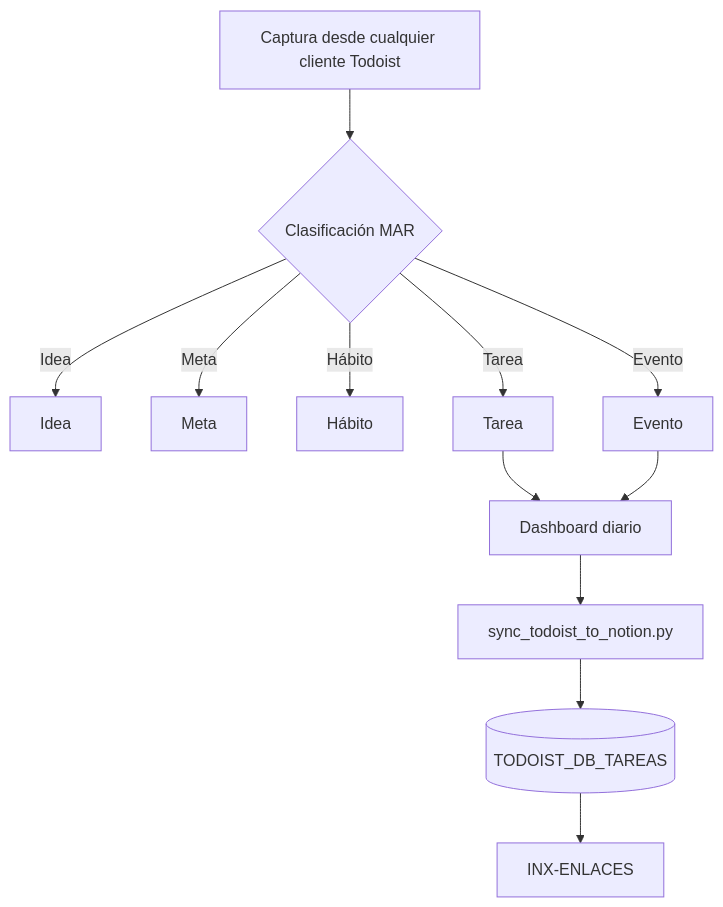
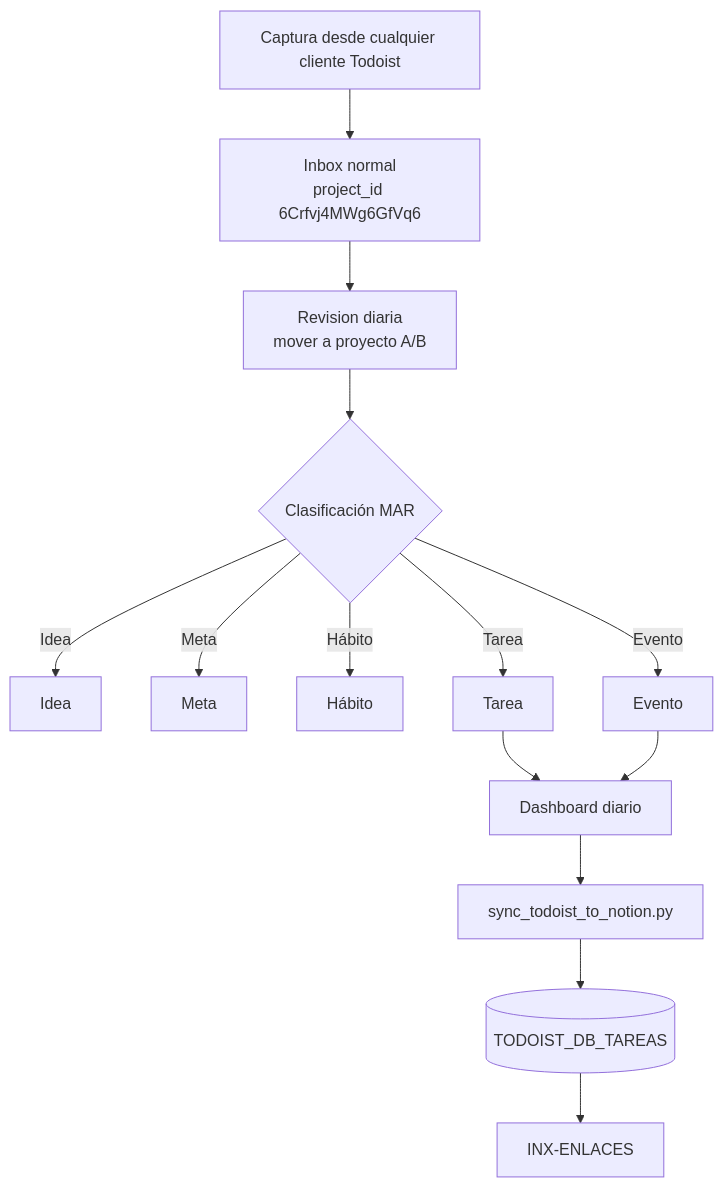
One commit to dalarconrub/coworkia changed the second of 11 diagrams in docs/pipeline-atlas.md. Above: the diagram before and after it, drawn with Mermaid. The commit also changed other lines of this file and 12 other files, not shown here.

````diff
--- a/docs/pipeline-atlas.md
+++ b/docs/pipeline-atlas.md
@@ -78,14 +78,16 @@
 ```mermaid
 flowchart TD
-    CAP[Captura desde cualquier cliente Todoist] --> CLF{Clasificación MAR}
+    CAP[Captura desde cualquier cliente Todoist] --> INBOX[Inbox normal<br/>project_id 6Crfvj4MWg6GfVq6]
+    INBOX --> TRIAGE[Revision diaria<br/>mover a proyecto A/B]
+    TRIAGE --> CLF{Clasificación MAR}
     CLF -->|Idea| MAR_I[Idea]
     CLF -->|Meta| MAR_M[Meta]
     CLF -->|Hábito| MAR_H[Hábito]
     CLF -->|Tarea| MAR_T[Tarea]
     CLF -->|Evento| MAR_E[Evento]
     MAR_T --> DASH[Dashboard diario]
     MAR_E --> DASH
     DASH --> SYNC[sync_todoist_to_notion.py]
     SYNC --> TODOIST_TAREAS[(TODOIST_DB_TAREAS)]
     TODOIST_TAREAS --> INX[INX-ENLACES]
 ```
````
